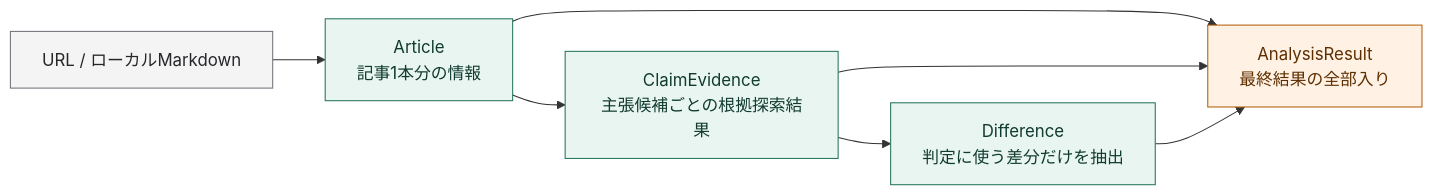
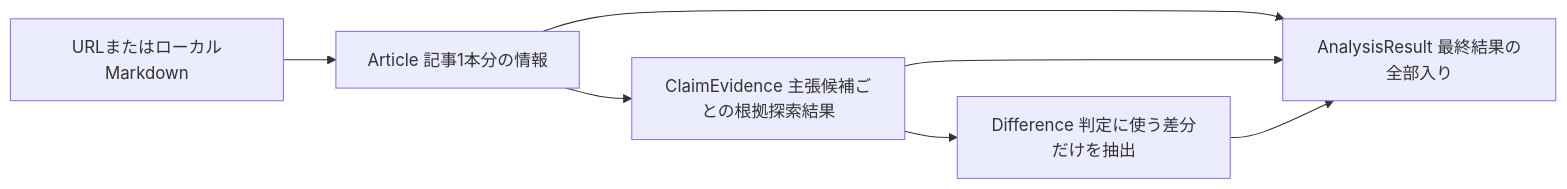
One commit to j23033it/my-tech changed the second of 4 diagrams in src/content/articles/backend/backend-processing-beginner-code-guide.md. Above: the diagram before and after it, drawn with Mermaid. The commit also changed other lines of this file, not shown here.

Commit message:
Mermaid図の構文エラーを修正

```diff
--- a/src/content/articles/backend/backend-processing-beginner-code-guide.md
+++ b/src/content/articles/backend/backend-processing-beginner-code-guide.md
@@ -125,16 +120,12 @@
 <pre class="mermaid">
 flowchart LR
-  Raw["URL / ローカルMarkdown"] --> Article["Article\n記事1本分の情報"]
-  Article --> Claim["ClaimEvidence\n主張候補ごとの根拠探索結果"]
-  Claim --> Diff["Difference\n判定に使う差分だけを抽出"]
-  Article --> Result["AnalysisResult\n最終結果の全部入り"]
-  Claim --> Result
-  Diff --> Result
-
-  classDef source fill:#f4f4f5,stroke:#71717a,color:#27272a;
-  classDef data fill:#e8f5f0,stroke:#27745d,color:#123b30;
-  classDef result fill:#fff2e5,stroke:#b45f06,color:#5f2f00;
-  class Raw source;
-  class Article,Claim,Diff data;
-  class Result result;
+  data1["URLまたはローカルMarkdown"]
+  data2["Article 記事1本分の情報"]
+  data3["ClaimEvidence 主張候補ごとの根拠探索結果"]
+  data4["Difference 判定に使う差分だけを抽出"]
+  data5["AnalysisResult 最終結果の全部入り"]
+  data1 --> data2 --> data3 --> data4
+  data2 --> data5
+  data3 --> data5
+  data4 --> data5
 </pre>
```
